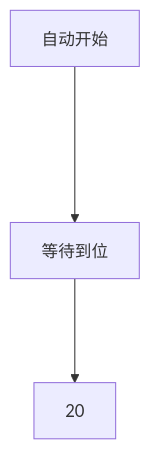
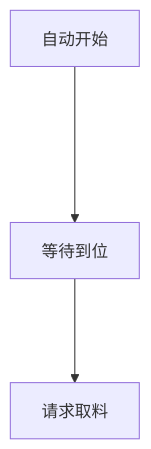
The diagram in all/OP70工位5流道缓存.md (zmq000/iodraw-files), drawn with Mermaid before and after one commit.

Commit message:
2026-06-17 17:38:29 update

````diff
--- a/all/OP70工位5流道缓存.md
+++ b/all/OP70工位5流道缓存.md
@@ -1,6 +1,7 @@
 ```mermaid
 graph TD
    自动开始---->10
    10[等待到位]--->20
+   20[请求取料]
   
 ```
````
